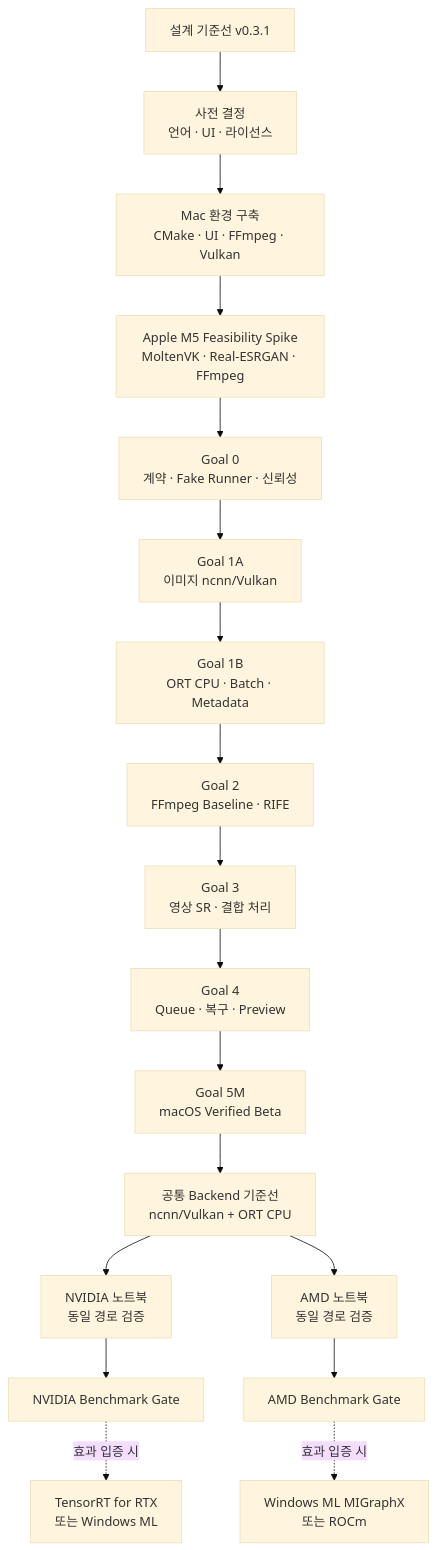
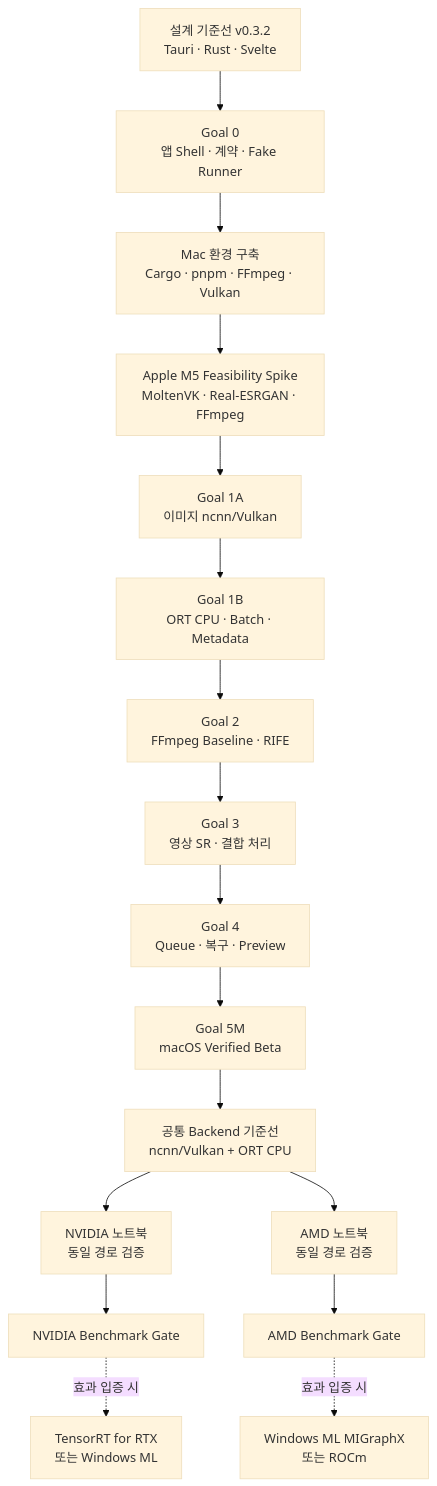
One commit to zooslab/zoos-upscale changed the ninth of 9 diagrams in ARCHITECTURE.md. Above: the diagram before and after it, drawn with Mermaid (base theme). The commit also changed other lines of this file and 1 other file, not shown here.

Commit message:
docs: Tauri Rust 설계 기준 반영

````diff
--- a/ARCHITECTURE.md
+++ b/ARCHITECTURE.md
@@ -390,23 +396,22 @@
 ```mermaid
 flowchart TB
-    D["설계 기준선 v0.3.1"] --> S0["사전 결정<br/>언어 · UI · 라이선스"]
-    S0 --> S1["Mac 환경 구축<br/>CMake · UI · FFmpeg · Vulkan"]
+    D["설계 기준선 v0.3.2<br/>Tauri · Rust · Svelte"] --> G0["Goal 0<br/>앱 Shell · 계약 · Fake Runner"]
+    G0 --> S1["Mac 환경 구축<br/>Cargo · pnpm · FFmpeg · Vulkan"]
     S1 --> S2["Apple M5 Feasibility Spike<br/>MoltenVK · Real-ESRGAN · FFmpeg"]
 
-    S2 --> G0["Goal 0<br/>계약 · Fake Runner · 신뢰성"]
-    G0 --> G1A["Goal 1A<br/>이미지 ncnn/Vulkan"]
+    S2 --> G1A["Goal 1A<br/>이미지 ncnn/Vulkan"]
     G1A --> G1B["Goal 1B<br/>ORT CPU · Batch · Metadata"]
     G1B --> G2["Goal 2<br/>FFmpeg Baseline · RIFE"]
     G2 --> G3["Goal 3<br/>영상 SR · 결합 처리"]
     G3 --> G4["Goal 4<br/>Queue · 복구 · Preview"]
     G4 --> G5M["Goal 5M<br/>macOS Verified Beta"]
 
     G5M --> BASE["공통 Backend 기준선<br/>ncnn/Vulkan + ORT CPU"]
     BASE --> NV["NVIDIA 노트북<br/>동일 경로 검증"]
     BASE --> AMD["AMD 노트북<br/>동일 경로 검증"]
 
     NV --> G6N["NVIDIA Benchmark Gate"]
     AMD --> G6A["AMD Benchmark Gate"]
     G6N -. 효과 입증 시 .-> G7N["TensorRT for RTX<br/>또는 Windows ML"]
     G6A -. 효과 입증 시 .-> G7A["Windows ML MIGraphX<br/>또는 ROCm"]
 ```
````
